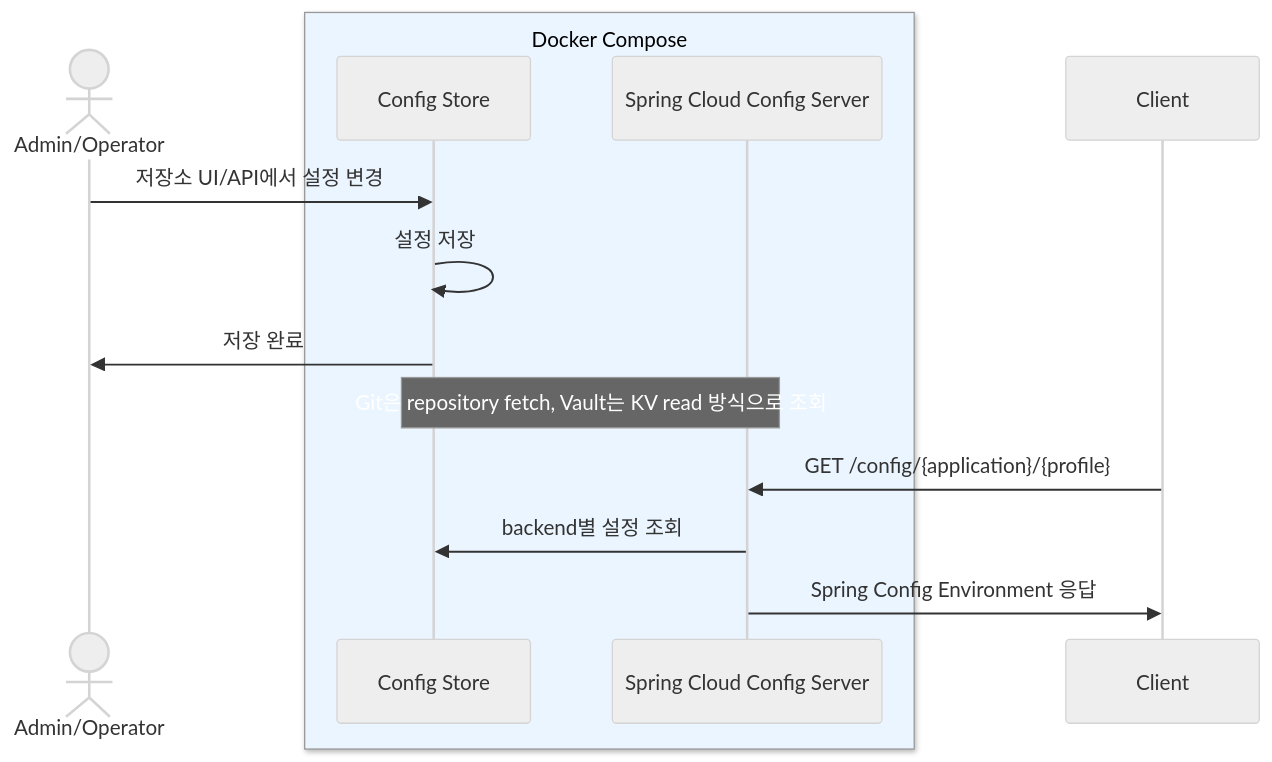
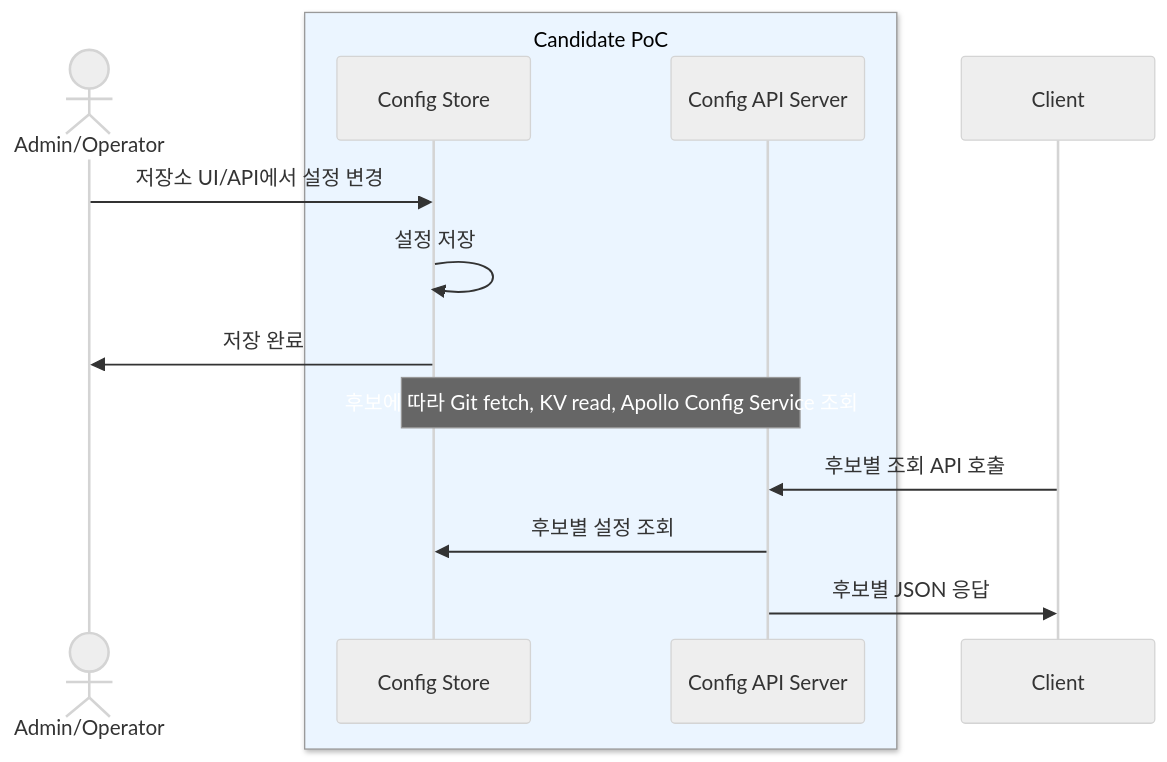
The first of 2 diagrams in README.md (Hyune-s-lab/my-spring-cloud-config), drawn with Mermaid (neutral theme) before and after one commit. The commit also changed other lines of this file and 3 other files, not shown here.

````diff
--- a/README.md
+++ b/README.md
@@ -21,16 +21,16 @@
 ```mermaid
 sequenceDiagram
     actor Admin as Admin/Operator
-    box rgb(235, 245, 255) Docker Compose
+    box rgb(235, 245, 255) Candidate PoC
         participant Store as Config Store
-        participant Config as Spring Cloud Config Server
+        participant Config as Config API Server
     end
     participant Client as Client
     Admin ->> Store: 저장소 UI/API에서 설정 변경
     Store ->> Store: 설정 저장
     Store ->> Admin: 저장 완료
-    Note over Store, Config: Git은 repository fetch, Vault는 KV read 방식으로 조회
-    Client ->> Config: GET /config/{application}/{profile}
-    Config ->> Store: backend별 설정 조회
-    Config ->> Client: Spring Config Environment 응답
+    Note over Store, Config: 후보에 따라 Git fetch, KV read, Apollo Config Service 조회
+    Client ->> Config: 후보별 조회 API 호출
+    Config ->> Store: 후보별 설정 조회
+    Config ->> Client: 후보별 JSON 응답
 ```
````
